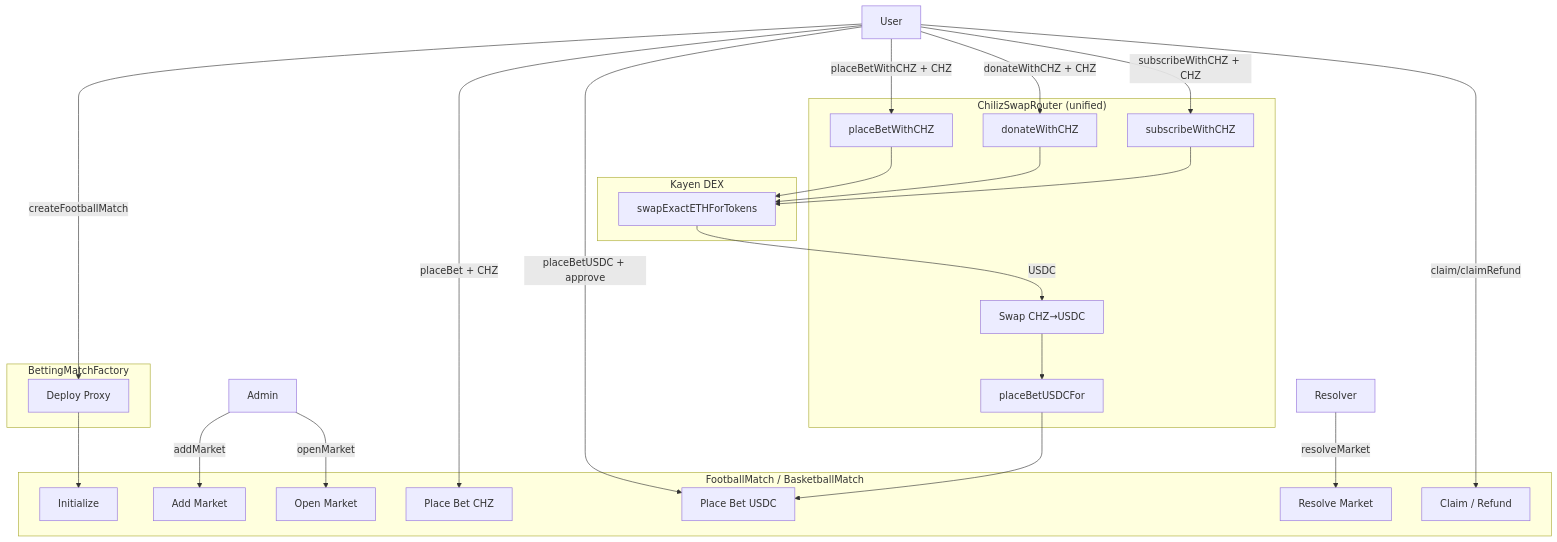
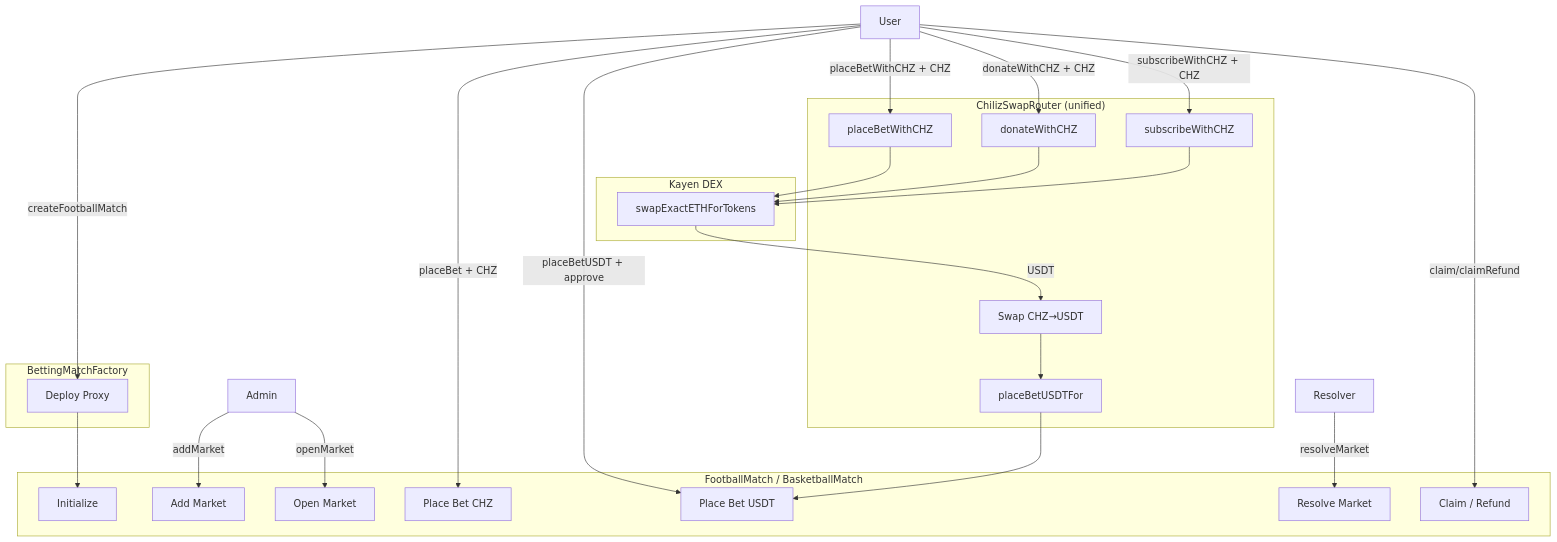
The first of 3 diagrams in chiliz-tv/AUDIT_REPORT.md (ChilizTV/smart-contracts), drawn with Mermaid before and after one commit. The commit also changed other lines of this file and 37 other files, not shown here.

````diff
--- a/chiliz-tv/AUDIT_REPORT.md
+++ b/chiliz-tv/AUDIT_REPORT.md
@@ -123,48 +126,48 @@
 ```mermaid
 flowchart TB
     subgraph Factory["BettingMatchFactory"]
         F1[Deploy Proxy]
     end
     
     subgraph Match["FootballMatch / BasketballMatch"]
         M1[Initialize]
         M2[Add Market]
         M3[Open Market]
         M4[Place Bet CHZ]
-        M5[Place Bet USDC]
+        M5[Place Bet USDT]
         M6[Resolve Market]
         M7[Claim / Refund]
     end
     
     subgraph SwapRouter["ChilizSwapRouter (unified)"]
         S1[placeBetWithCHZ]
-        S2[Swap CHZ→USDC]
-        S3[placeBetUSDCFor]
+        S2[Swap CHZ→USDT]
+        S3[placeBetUSDTFor]
         S4[donateWithCHZ]
         S5[subscribeWithCHZ]
     end
     
     subgraph Kayen["Kayen DEX"]
         K1[swapExactETHForTokens]
     end
     
     User -->|createFootballMatch| F1
     F1 --> M1
     Admin -->|addMarket| M2
     Admin -->|openMarket| M3
     
     User -->|placeBet + CHZ| M4
-    User -->|placeBetUSDC + approve| M5
+    User -->|placeBetUSDT + approve| M5
     User -->|placeBetWithCHZ + CHZ| S1
     User -->|donateWithCHZ + CHZ| S4
     User -->|subscribeWithCHZ + CHZ| S5
     S1 --> K1
     S4 --> K1
     S5 --> K1
-    K1 -->|USDC| S2
+    K1 -->|USDT| S2
     S2 --> S3
     S3 --> M5
     
     Resolver -->|resolveMarket| M6
     User -->|claim/claimRefund| M7
 ```
````
